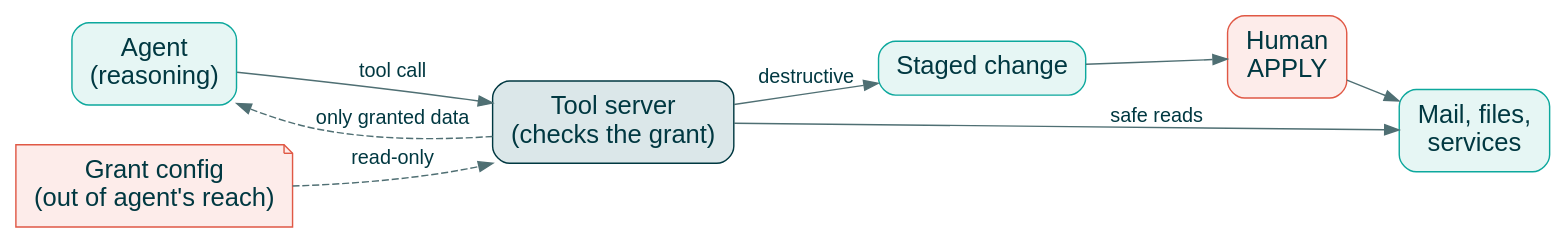
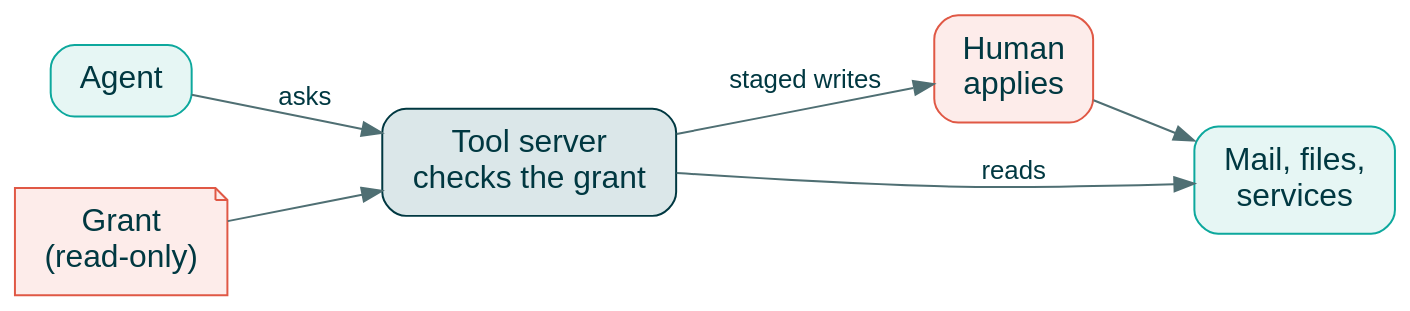
The diagram in ossummit_europe_agents.md (fishing-agents/talks), drawn with Graphviz before and after one commit. The commit also changed other lines of this file, not shown here.

Commit message:
Agents deck: less notmutt detail, defensive design slide, readable diagram

````diff
--- a/ossummit_europe_agents.md
+++ b/ossummit_europe_agents.md
@@ -160,25 +160,24 @@
 ```dot
 digraph G {
   rankdir=LR
-  size="11,3"
+  size="10,4.2!"
   bgcolor=transparent
-  nodesep=0.35
-  ranksep=0.5
-  node [shape=box style="rounded,filled" fontname="Arial" fontsize=18 margin="0.18,0.12" color="#0DA89D" fillcolor="#e6f6f4" fontcolor="#003841"]
-  edge [fontname="Arial" fontsize=14 color="#4f6f73" fontcolor="#003841"]
+  nodesep=0.5
+  ranksep=0.7
+  node [shape=box style="rounded,filled" fontname="Arial" fontsize=16 margin="0.2,0.12" color="#0DA89D" fillcolor="#e6f6f4" fontcolor="#003841"]
+  edge [fontname="Arial" fontsize=13 color="#4f6f73" fontcolor="#003841"]
 
-  model [label="Agent\n(reasoning)"]
-  server [label="Tool server\n(checks the grant)" color="#003841" fillcolor="#dbe7e9"]
-  grant [label="Grant config\n(out of agent's reach)" shape=note color="#E05845" fillcolor="#fdecea"]
-  stage [label="Staged change"]
-  human [label="Human\nAPPLY" color="#E05845" fillcolor="#fdecea"]
+  model [label="Agent"]
+  server [label="Tool server\nchecks the grant" color="#003841" fillcolor="#dbe7e9"]
+  grant [label="Grant\n(read-only)" shape=note color="#E05845" fillcolor="#fdecea"]
+  human [label="Human\napplies" color="#E05845" fillcolor="#fdecea"]
   state [label="Mail, files,\nservices"]
 
-  model -> server [label="tool call"]
-  grant -> server [style=dashed label="read-only"]
-  server -> model [label="only granted data" style=dashed]
-  server -> stage [label="destructive"]
-  stage -> human -> state
-  server -> state [label="safe reads"]
+  model -> server [label="asks"]
+  grant -> server
+  server -> state [label="reads"]
+  server -> human [label="staged writes"]
+  human -> state
+  {rank=same; model; grant}
 }
 ```
````
